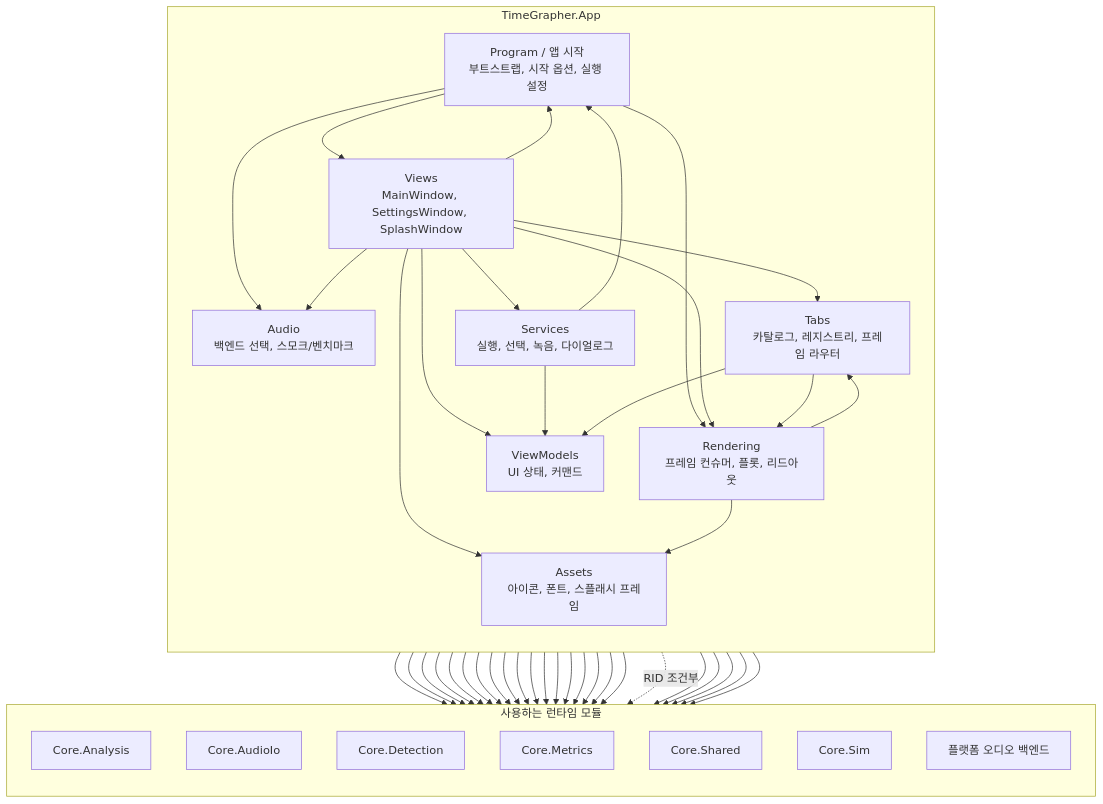
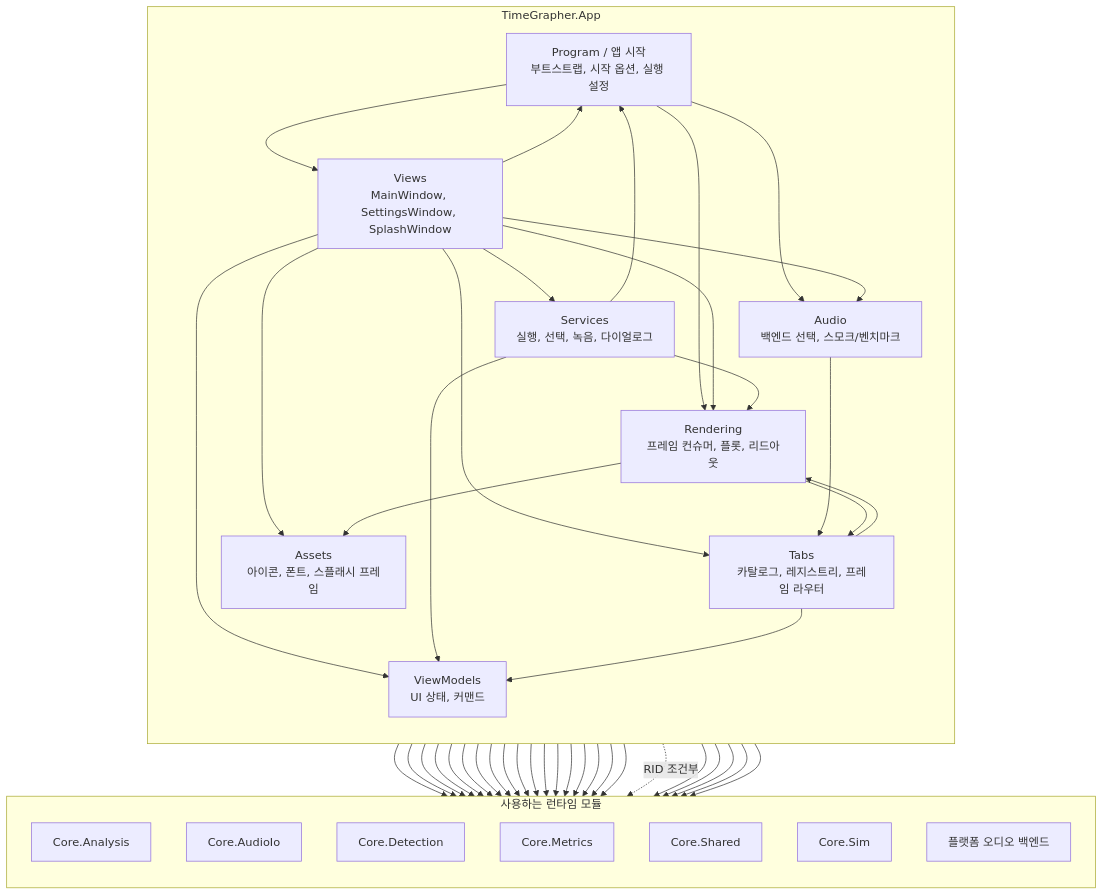
The second of 3 diagrams in docs/for-ai/MODULE_USES_VIEW.md (Jae-hong-5/TimeGrapher-Net), drawn with Mermaid before and after one commit. The commit also changed other lines of this file, not shown here.

````diff
--- a/docs/for-ai/MODULE_USES_VIEW.md
+++ b/docs/for-ai/MODULE_USES_VIEW.md
@@ -96,72 +96,74 @@
 ```mermaid
 flowchart TB
     subgraph App["TimeGrapher.App"]
         direction TB
         Program["Program / 앱 시작<br/>부트스트랩, 시작 옵션, 실행 설정"]
         Views["Views<br/>MainWindow, SettingsWindow, SplashWindow"]
         ViewModels["ViewModels<br/>UI 상태, 커맨드"]
         Services["Services<br/>실행, 선택, 녹음, 다이얼로그"]
         Audio["Audio<br/>백엔드 선택, 스모크/벤치마크"]
         Tabs["Tabs<br/>카탈로그, 레지스트리, 프레임 라우터"]
         Rendering["Rendering<br/>프레임 컨슈머, 플롯, 리드아웃"]
         Assets["Assets<br/>아이콘, 폰트, 스플래시 프레임"]
     end
 
     subgraph UsedRuntime["사용하는 런타임 모듈"]
         direction TB
         CoreAnalysis["Core.Analysis"]
         CoreAudioIo["Core.AudioIo"]
         CoreDetection["Core.Detection"]
         CoreMetrics["Core.Metrics"]
         CoreShared["Core.Shared"]
         CoreSim["Core.Sim"]
         PlatformAudio["플랫폼 오디오 백엔드"]
     end
 
     Program --> Views
     Program --> Audio
     Program --> Rendering
     Program --> CoreAnalysis
     Program --> CoreAudioIo
     Program --> CoreShared
 
     Views --> Program
     Views --> ViewModels
     Views --> Services
     Views --> Audio
     Views --> Tabs
     Views --> Rendering
     Views --> CoreAudioIo
     Views --> CoreDetection
     Views --> CoreShared
     Views --> CoreSim
     Views --> Assets
 
     ViewModels --> CoreAnalysis
     ViewModels --> CoreShared
 
     Services --> ViewModels
     Services --> Program
+    Services --> Rendering
     Services --> CoreAnalysis
     Services --> CoreAudioIo
     Services --> CoreDetection
     Services --> CoreMetrics
     Services --> CoreShared
 
+    Audio --> Tabs
     Audio --> CoreAnalysis
     Audio --> CoreAudioIo
     Audio --> CoreShared
     Audio --> CoreSim
     Audio -. "RID 조건부" .-> PlatformAudio
 
     Tabs --> ViewModels
     Tabs --> Rendering
     Tabs --> CoreAnalysis
     Tabs --> CoreShared
 
     Rendering --> Tabs
     Rendering --> CoreAnalysis
     Rendering --> CoreMetrics
     Rendering --> CoreShared
     Rendering --> Assets
 ```
````
